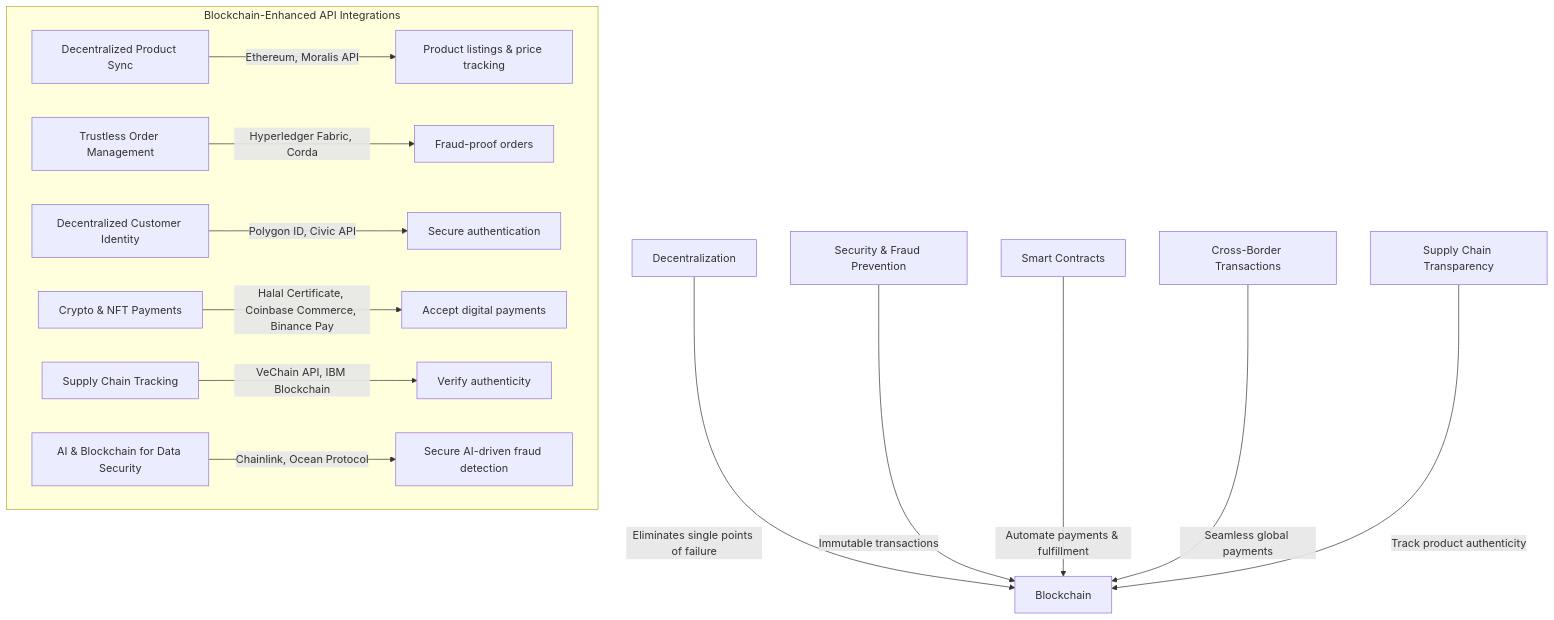
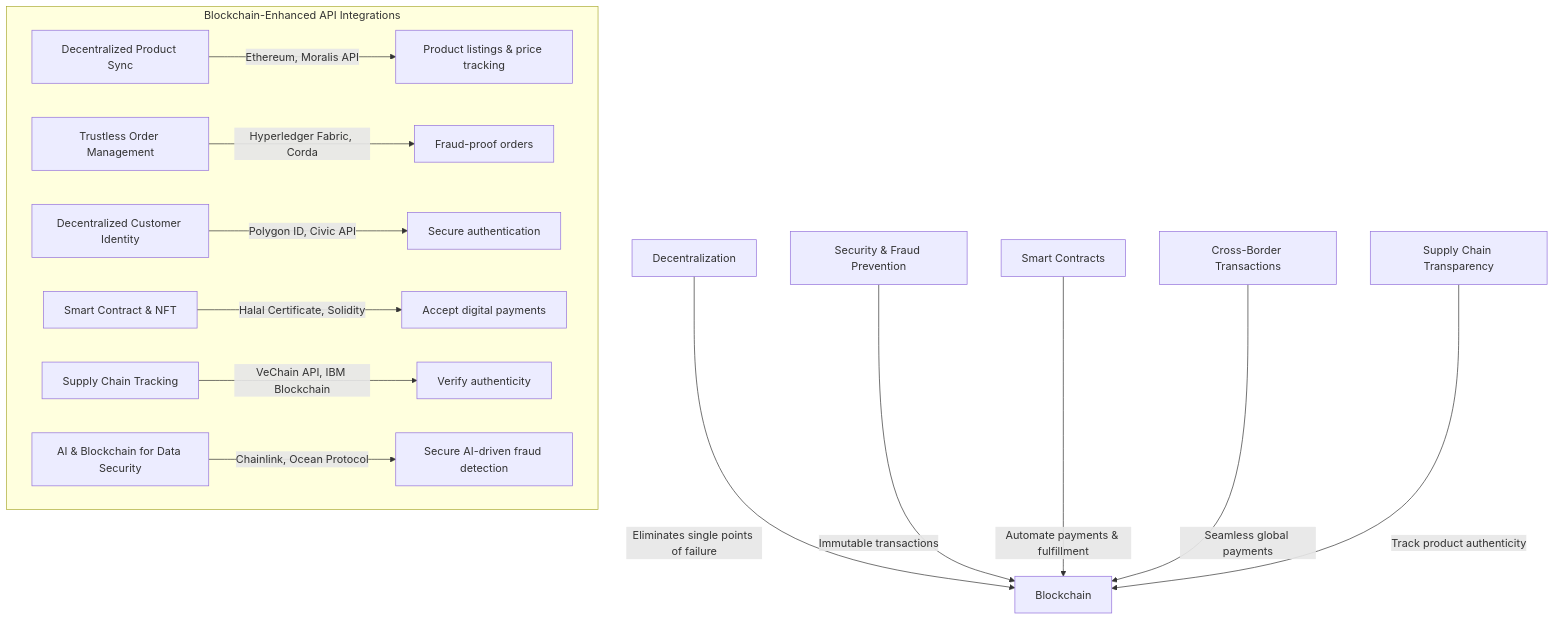
The diagram in blockchain-roles.mmd (kk666679/marketplace-integration-tools), drawn with Mermaid before and after one commit.

```diff
--- a/blockchain-roles.mmd
+++ b/blockchain-roles.mmd
@@ -1,15 +1,15 @@
 flowchart TD;
     A[Decentralization] -->|Eliminates single points of failure| B[Blockchain];
     A1[Security & Fraud Prevention] -->|Immutable transactions| B;
     A2[Smart Contracts] -->|Automate payments & fulfillment| B;
     A3[Cross-Border Transactions] -->|Seamless global payments| B;
     A4[Supply Chain Transparency] -->|Track product authenticity| B;
 
     subgraph Blockchain-Enhanced API Integrations
         B1[Decentralized Product Sync] -->|Ethereum, Moralis API| C1[Product listings & price tracking];
         B2[Trustless Order Management] -->|Hyperledger Fabric, Corda| C2[Fraud-proof orders];
         B3[Decentralized Customer Identity] -->|Polygon ID, Civic API| C3[Secure authentication];
-        B4[Crypto & NFT Payments] -->|Halal Certificate, Coinbase Commerce, Binance Pay| C4[Accept digital payments];
+        B4[Smart Contract & NFT] -->|Halal Certificate, Solidity| C4[Accept digital payments];
         B5[Supply Chain Tracking] -->|VeChain API, IBM Blockchain| C5[Verify authenticity];
         B6[AI & Blockchain for Data Security] -->|Chainlink, Ocean Protocol| C6[Secure AI-driven fraud detection];
     end
```
